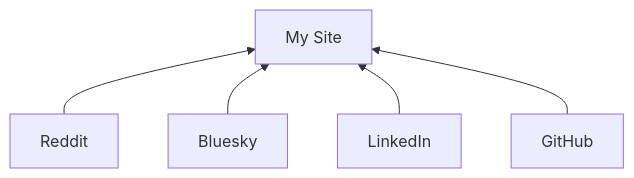
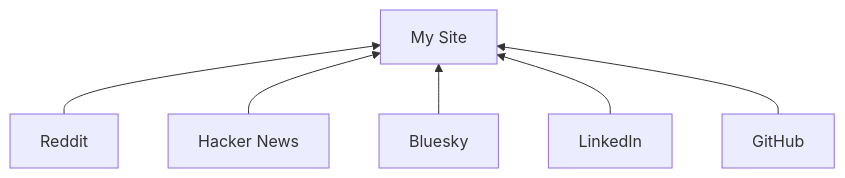
One commit to amarder/amarder.github.io changed the diagram in src/content/post/posse.md. Above: the diagram before and after it, drawn with Mermaid. The commit also changed other lines of this file, not shown here.

Commit message:
Add Hacker News to POSSE approach

````diff
--- a/src/content/post/posse.md
+++ b/src/content/post/posse.md
@@ -19,8 +20,10 @@
 ```mermaid
 graph BT;
     Site["My Site"];
+    HN["Hacker News"];
     Reddit --> Site;
+    HN --> Site;
     Bluesky --> Site;
     LinkedIn --> Site;
     GitHub --> Site;
 ```
````
